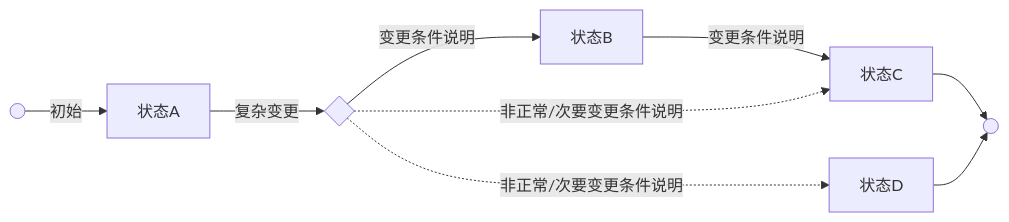
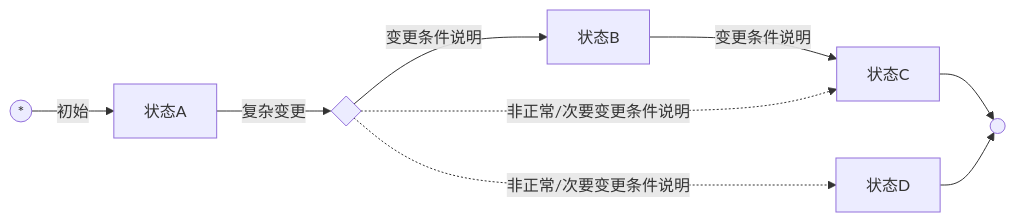
Before and after one commit to MadMaxChow/VLOOK: the third of 4 diagrams in 3-demo/VLOOK 快速参考手册.md, drawn with Mermaid. The commit also changed other lines of this file and 22 other files, not shown here.

````diff
--- a/3-demo/VLOOK 快速参考手册.md
+++ b/3-demo/VLOOK 快速参考手册.md
@@ -307,13 +309,13 @@
 ```mermaid
 graph LR
-INIT(( ))
+INIT((*))
 INIT --> |初始|A[状态A]
-A --> |复杂变更|trans(( ))
-trans(( )) --> |变更条件说明|B[状态B]
+A --> |复杂变更|trans{ }
+trans{ } --> |变更条件说明|B[状态B]
 B --> |变更条件说明|C[状态C]
 trans{ } -.-> |非正常/次要变更条件说明|C
 C --> FINAL
 trans{ } -.-> |非正常/次要变更条件说明|D[状态D]
 D --> FINAL
 FINAL(( ))
 ```
````
